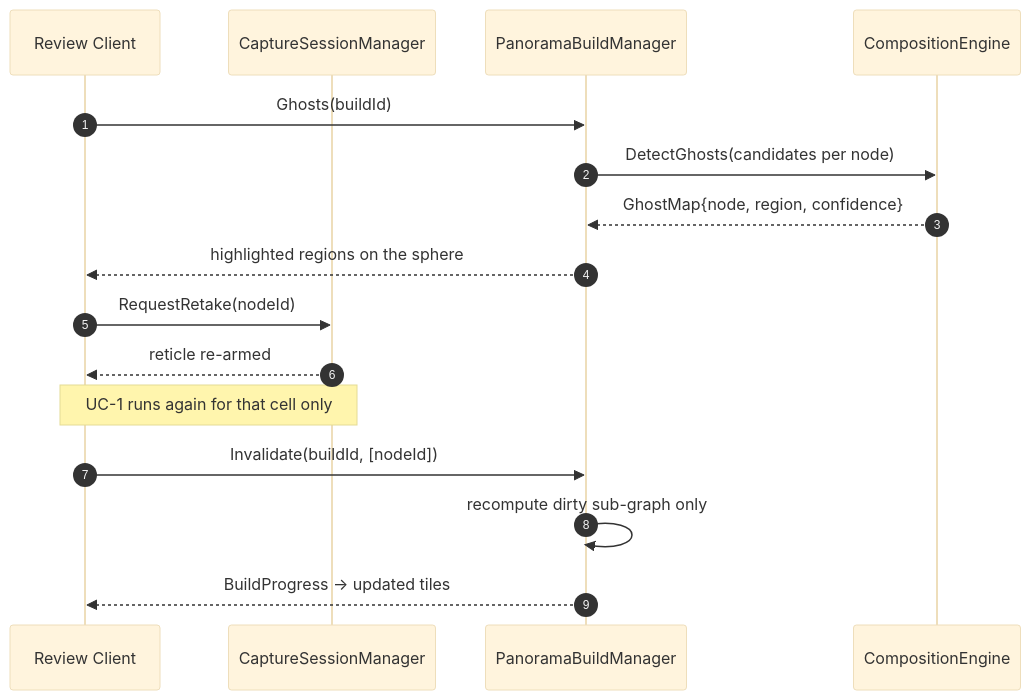
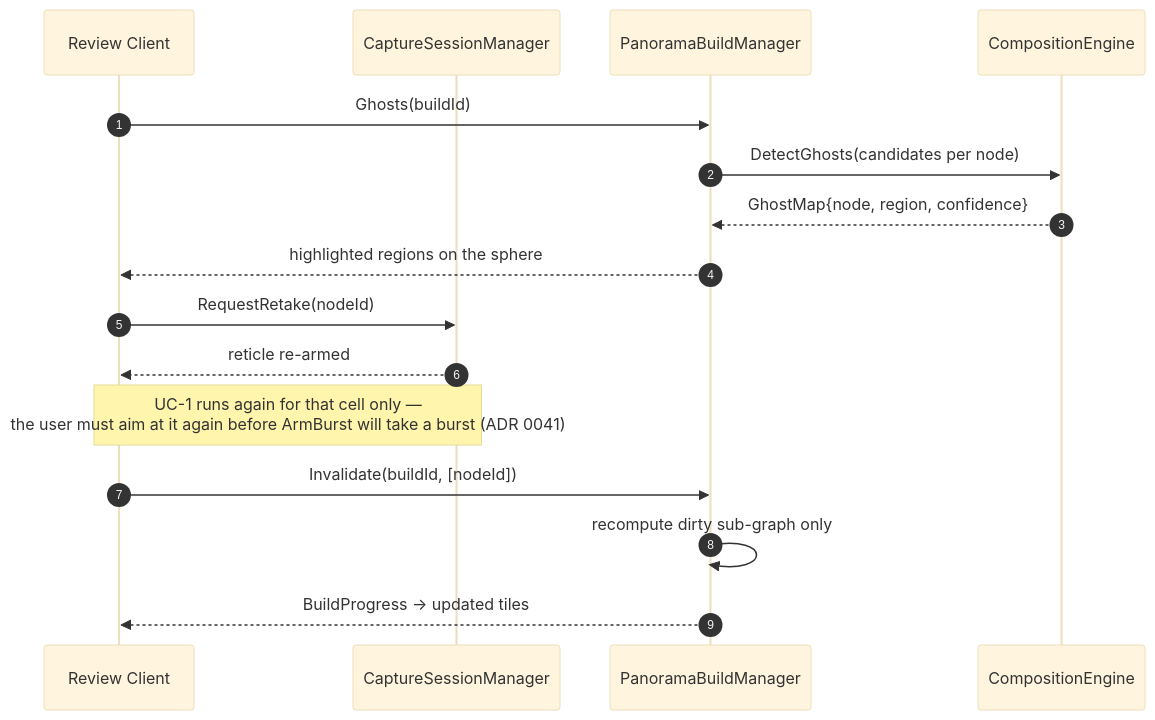
The fourth of 4 diagrams in docs/03-architecture.md (h3ll5ur7er/sphanorama), drawn with Mermaid (base theme) before and after one commit. The commit also changed other lines of this file and 25 other files, not shown here.

````diff
--- a/docs/03-architecture.md
+++ b/docs/03-architecture.md
@@ -331,19 +331,19 @@
 ```mermaid
 sequenceDiagram
   autonumber
   participant U as Review Client
   participant M1 as CaptureSessionManager
   participant M2 as PanoramaBuildManager
   participant E as CompositionEngine
 
   U->>M2: Ghosts(buildId)
   M2->>E: DetectGhosts(candidates per node)
   E-->>M2: GhostMap{node, region, confidence}
   M2-->>U: highlighted regions on the sphere
   U->>M1: RequestRetake(nodeId)
   M1-->>U: reticle re-armed
-  Note over U,M1: UC-1 runs again for that cell only
+  Note over U,M1: UC-1 runs again for that cell only —<br/>the user must aim at it again before ArmBurst will take a burst (ADR 0041)
   U->>M2: Invalidate(buildId, [nodeId])
   M2->>M2: recompute dirty sub-graph only
   M2-->>U: BuildProgress → updated tiles
 ```
````
